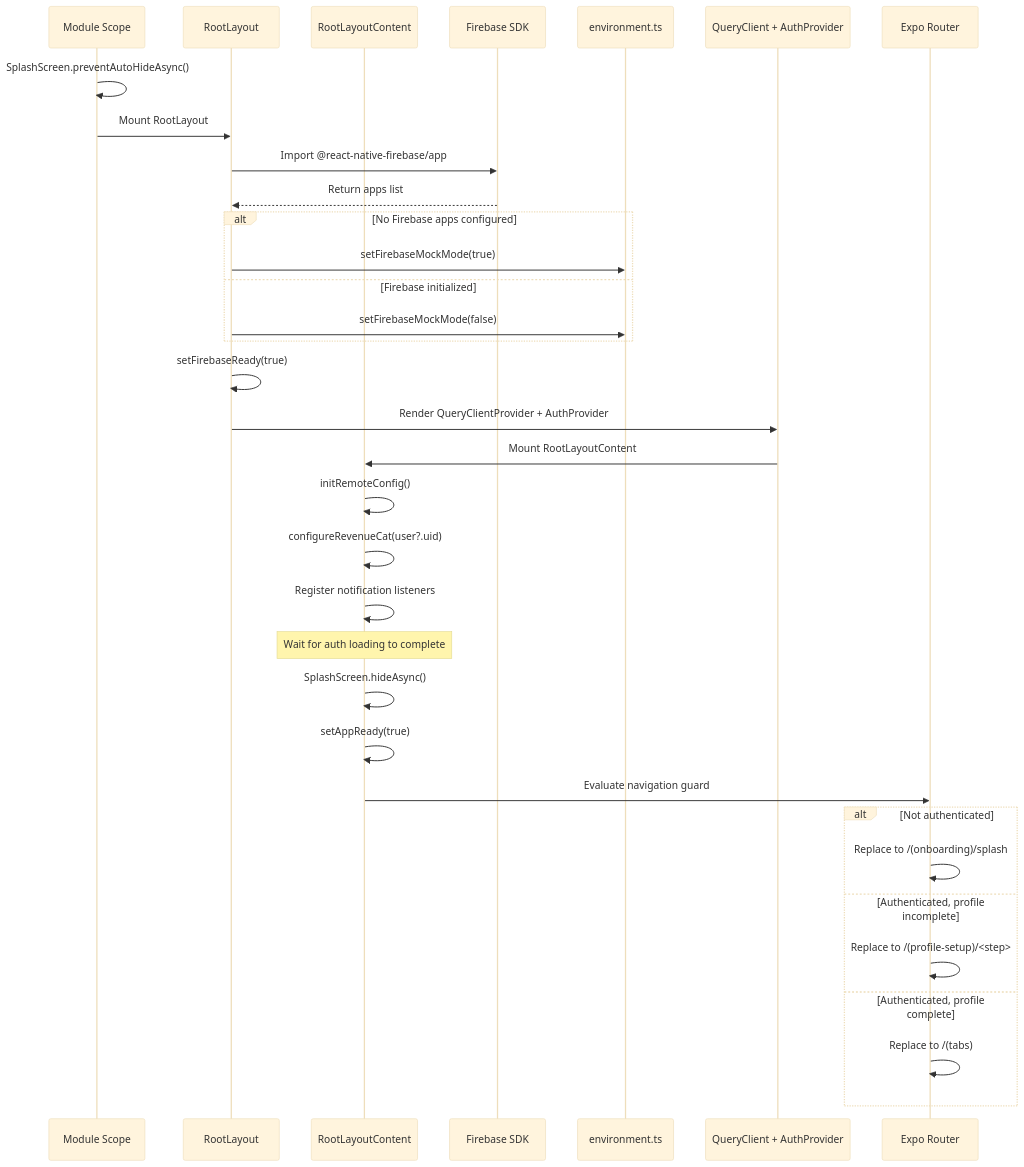
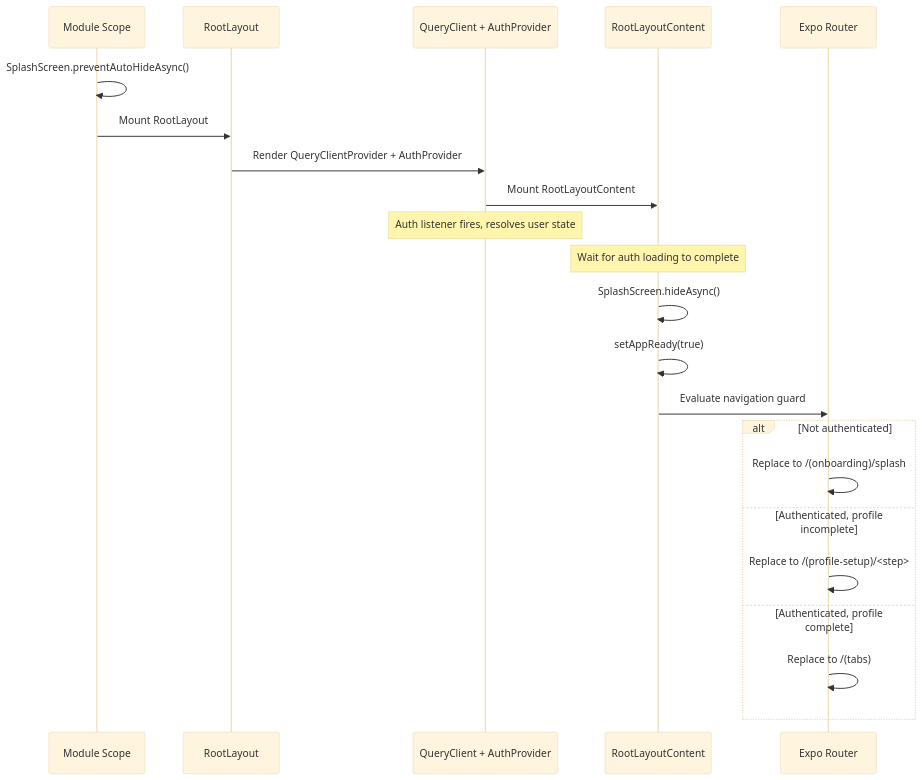
The second of 2 diagrams in documents/TECHNICAL/1-ARCHITECTURE.md (FernandoBDAF/RaineApp), drawn with Mermaid (base theme) before and after one commit. The commit also changed other lines of this file and 13 other files, not shown here.

````diff
--- a/documents/TECHNICAL/1-ARCHITECTURE.md
+++ b/documents/TECHNICAL/1-ARCHITECTURE.md
@@ -160,42 +159,30 @@
 ```mermaid
 sequenceDiagram
     participant Module as Module Scope
     participant RootLayout as RootLayout
+    participant Providers as QueryClient + AuthProvider
     participant RootContent as RootLayoutContent
-    participant Firebase as Firebase SDK
-    participant EnvConfig as environment.ts
-    participant Providers as QueryClient + AuthProvider
     participant Router as Expo Router
 
     Module->>Module: SplashScreen.preventAutoHideAsync()
     Module->>RootLayout: Mount RootLayout
-    RootLayout->>Firebase: Import @react-native-firebase/app
-    Firebase-->>RootLayout: Return apps list
+    RootLayout->>Providers: Render QueryClientProvider + AuthProvider
 
-    alt No Firebase apps configured
-        RootLayout->>EnvConfig: setFirebaseMockMode(true)
-    else Firebase initialized
-        RootLayout->>EnvConfig: setFirebaseMockMode(false)
-    end
+    Providers->>RootContent: Mount RootLayoutContent
 
-    RootLayout->>RootLayout: setFirebaseReady(true)
-    RootLayout->>Providers: Render QueryClientProvider + AuthProvider
-    Providers->>RootContent: Mount RootLayoutContent
-    RootContent->>RootContent: initRemoteConfig()
-    RootContent->>RootContent: configureRevenueCat(user?.uid)
-    RootContent->>RootContent: Register notification listeners
+    Note over Providers: Auth listener fires, resolves user state
 
     Note over RootContent: Wait for auth loading to complete
 
     RootContent->>RootContent: SplashScreen.hideAsync()
     RootContent->>RootContent: setAppReady(true)
 
     RootContent->>Router: Evaluate navigation guard
     alt Not authenticated
         Router->>Router: Replace to /(onboarding)/splash
     else Authenticated, profile incomplete
         Router->>Router: Replace to /(profile-setup)/<step>
     else Authenticated, profile complete
         Router->>Router: Replace to /(tabs)
     end
 ```
````
